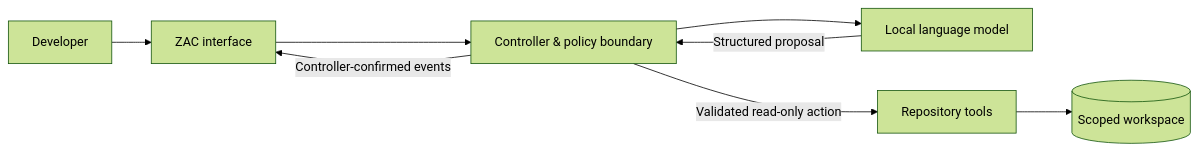
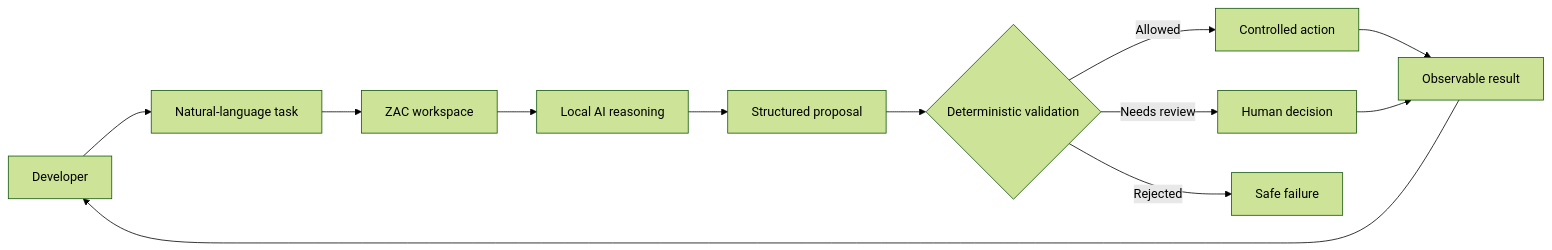
Before and after one commit to wilderruiz/zac_project: the first of 4 diagrams in README.md, drawn with Mermaid (forest theme). The commit also changed other lines of this file, not shown here.

Commit message:
docs: refresh ZAC public product overview

````diff
--- a/README.md
+++ b/README.md
@@ -17,13 +25,17 @@
-```mermaid
+~~~mermaid
 flowchart LR
-    U[Developer] --> UI[ZAC interface]
-    UI --> C[Controller & policy boundary]
+    U[Developer] --> Q[Natural-language task]
+    Q --> Z[ZAC workspace]
 
-    C --> M[Local language model]
-    M -->|Structured proposal| C
+    Z --> L[Local AI reasoning]
+    L --> P[Structured proposal]
 
-    C -->|Validated read-only action| T[Repository tools]
-    T --> W[(Scoped workspace)]
+    P --> V{Deterministic validation}
+    V -->|Allowed| A[Controlled action]
+    V -->|Needs review| H[Human decision]
+    V -->|Rejected| R[Safe failure]
 
-    C -->|Controller-confirmed events| UI
-```
+    A --> O[Observable result]
+    H --> O
+    O --> U
+~~~
````
